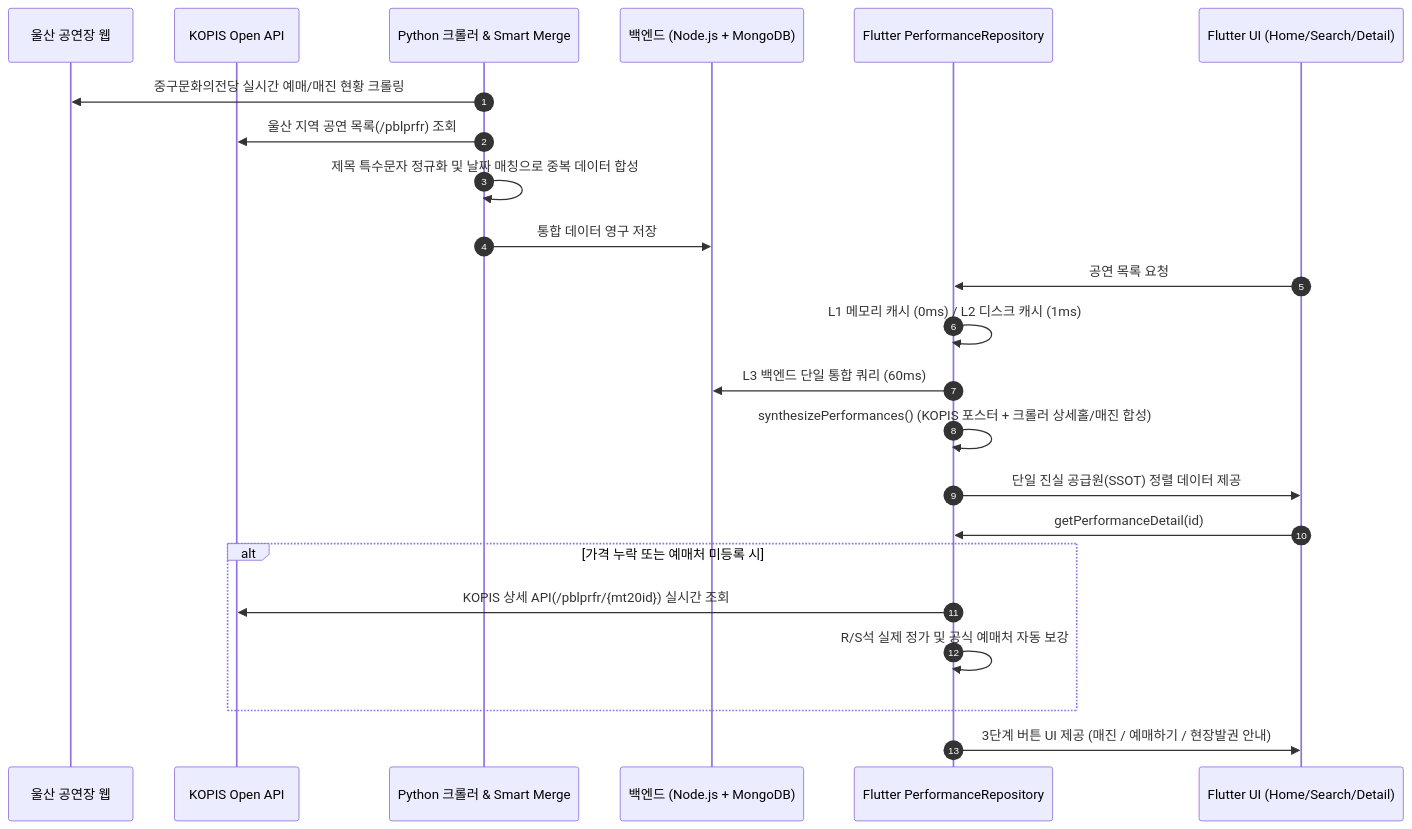
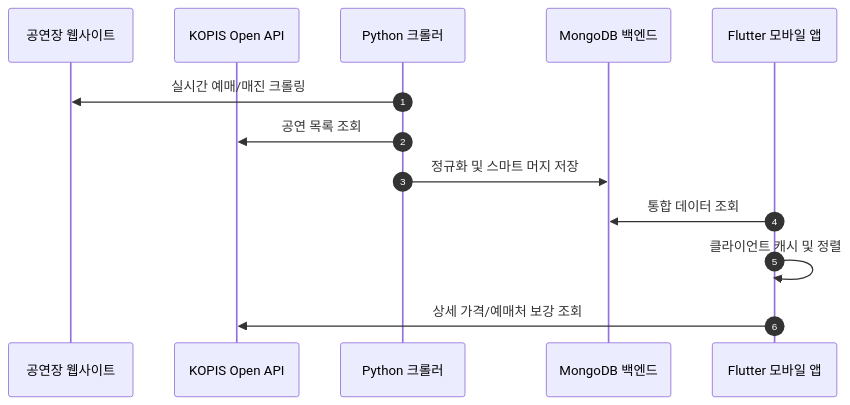
One commit to Forevernewvie/u-art changed the fourth of 4 diagrams in README.md. Above: the diagram before and after it, drawn with Mermaid. The commit also changed other lines of this file, not shown here.

Commit message:
fix: resolve GitHub Mermaid syntax errors by fully quoting all labels and using bulletproof standard syntax

````diff
--- a/README.md
+++ b/README.md
@@ -117,28 +96,16 @@
 ```mermaid
 sequenceDiagram
     autonumber
-    participant Venues as 울산 공연장 웹
+    participant Venues as 공연장 웹사이트
     participant Kopis as KOPIS Open API
-    participant Crawler as Python 크롤러 & Smart Merge
-    participant DB as 백엔드 (Node.js + MongoDB)
-    participant AppRepo as Flutter PerformanceRepository
-    participant UI as Flutter UI (Home/Search/Detail)
+    participant Crawler as Python 크롤러
+    participant DB as MongoDB 백엔드
+    participant App as Flutter 모바일 앱
 
-    Crawler->>Venues: 중구문화의전당 실시간 예매/매진 현황 크롤링
-    Crawler->>Kopis: 울산 지역 공연 목록(/pblprfr) 조회
-    Crawler->>Crawler: 제목 특수문자 정규화 및 날짜 매칭으로 중복 데이터 합성
-    Crawler->>DB: 통합 데이터 영구 저장
-
-    UI->>AppRepo: 공연 목록 요청
-    AppRepo->>AppRepo: L1 메모리 캐시 (0ms) / L2 디스크 캐시 (1ms)
-    AppRepo->>DB: L3 백엔드 단일 통합 쿼리 (60ms)
-    AppRepo->>AppRepo: synthesizePerformances() (KOPIS 포스터 + 크롤러 상세홀/매진 합성)
-    AppRepo->>UI: 단일 진실 공급원(SSOT) 정렬 데이터 제공
-
-    UI->>AppRepo: getPerformanceDetail(id)
-    alt 가격 누락 또는 예매처 미등록 시
-        AppRepo->>Kopis: KOPIS 상세 API(/pblprfr/{mt20id}) 실시간 조회
-        AppRepo->>AppRepo: R/S석 실제 정가 및 공식 예매처 자동 보강
-    end
-    AppRepo->>UI: 3단계 버튼 UI 제공 (매진 / 예매하기 / 현장발권 안내)
+    Crawler->>Venues: 실시간 예매/매진 크롤링
+    Crawler->>Kopis: 공연 목록 조회
+    Crawler->>DB: 정규화 및 스마트 머지 저장
+    App->>DB: 통합 데이터 조회
+    App->>App: 클라이언트 캐시 및 정렬
+    App->>Kopis: 상세 가격/예매처 보강 조회
 ```
````
